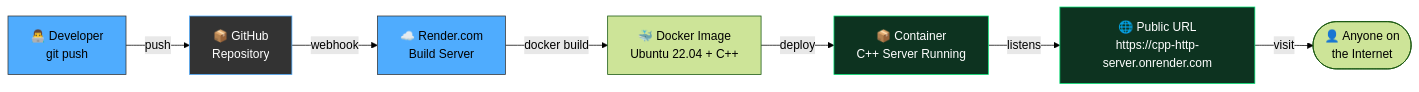
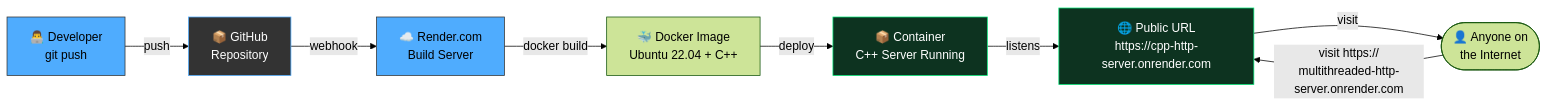
One commit to pavanjarpula/Multithreaded-HTTP-Server changed the second of 2 diagrams in README.md. Above: the diagram before and after it, drawn with Mermaid (forest theme). The commit also changed other lines of this file, not shown here.

````diff
--- a/README.md
+++ b/README.md
@@ -517,15 +517,16 @@
 ```mermaid
 flowchart LR
     Dev["👨‍💻 Developer<br/>git push"] -->|push| GH["📦 GitHub<br/>Repository"]
     GH -->|webhook| Render["☁️ Render.com<br/>Build Server"]
     Render -->|docker build| Image["🐳 Docker Image<br/>Ubuntu 22.04 + C++"]
     Image -->|deploy| Container["📦 Container<br/>C++ Server Running"]
     Container -->|listens| URL["🌐 Public URL<br/>https://cpp-http-server.onrender.com"]
     URL -->|visit| User(["👤 Anyone on<br/>the Internet"])
     
     style Dev fill:#4facfe,stroke:#333,color:#000
     style GH fill:#333,stroke:#4facfe,color:#fff
     style Render fill:#4facfe,stroke:#333,color:#000
     style Container fill:#0d3320,stroke:#00e676,color:#fff
     style URL fill:#0d3320,stroke:#00e676,color:#fff
+    User -->|"visit https://<br/>multithreaded-http-server.onrender.com"| URL
 ```
````
